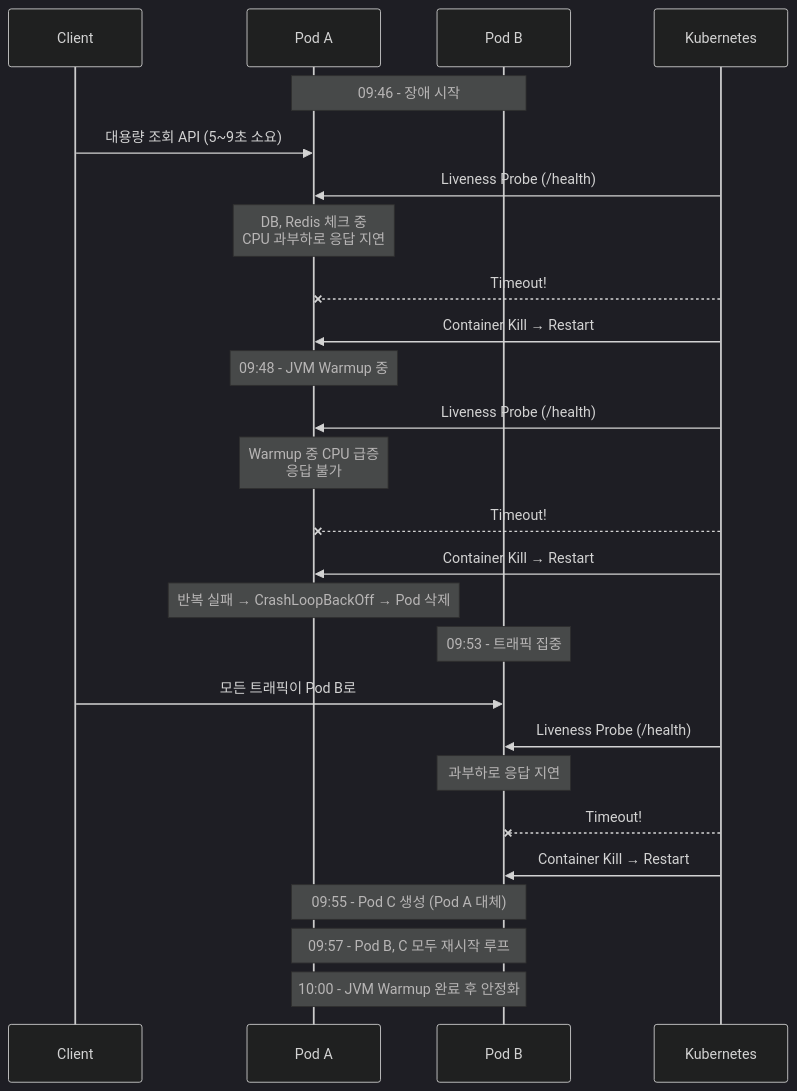
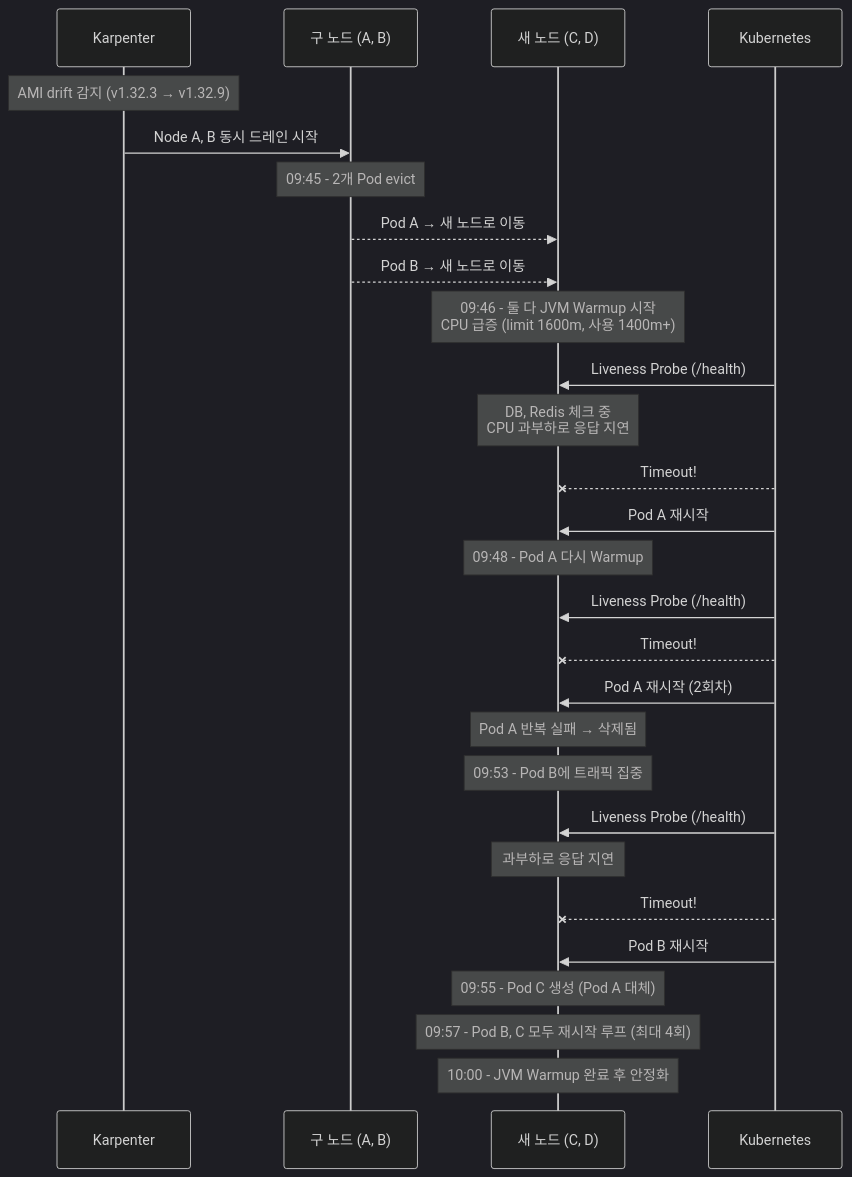
One commit to kimduksoo/duksoo-tech-blog changed the diagram in content/kubernetes/liveness-probe-restart-loop-incident.md. Above: the diagram before and after it, drawn with Mermaid (dark theme). The commit also changed other lines of this file, not shown here.

First line of the commit message:
Update blog post: Karpenter 노드 교체가 트리거였음을 반영

````diff
--- a/content/kubernetes/liveness-probe-restart-loop-incident.md
+++ b/content/kubernetes/liveness-probe-restart-loop-incident.md
@@ -88,38 +117,44 @@
 ```mermaid
 sequenceDiagram
-    participant Client
-    participant PodA as Pod A
-    participant PodB as Pod B
+    participant Karpenter
+    participant OldNodes as 구 노드 (A, B)
+    participant NewNodes as 새 노드 (C, D)
     participant K8s as Kubernetes
 
-    Note over PodA,PodB: 09:46 - 장애 시작
+    Note over Karpenter: AMI drift 감지 (v1.32.3 → v1.32.9)
 
-    Client->>PodA: 대용량 조회 API (5~9초 소요)
-    K8s->>PodA: Liveness Probe (/health)
-    Note over PodA: DB, Redis 체크 중<br/>CPU 과부하로 응답 지연
-    K8s--xPodA: Timeout!
-    K8s->>PodA: Container Kill → Restart
+    Karpenter->>OldNodes: Node A, B 동시 드레인 시작
 
-    Note over PodA: 09:48 - JVM Warmup 중
+    Note over OldNodes: 09:45 - 2개 Pod evict
 
-    K8s->>PodA: Liveness Probe (/health)
-    Note over PodA: Warmup 중 CPU 급증<br/>응답 불가
-    K8s--xPodA: Timeout!
-    K8s->>PodA: Container Kill → Restart
+    OldNodes-->>NewNodes: Pod A → 새 노드로 이동
+    OldNodes-->>NewNodes: Pod B → 새 노드로 이동
 
-    Note over PodA: 반복 실패 → CrashLoopBackOff → Pod 삭제
+    Note over NewNodes: 09:46 - 둘 다 JVM Warmup 시작<br/>CPU 급증 (limit 1600m, 사용 1400m+)
 
-    Note over PodB: 09:53 - 트래픽 집중
+    K8s->>NewNodes: Liveness Probe (/health)
+    Note over NewNodes: DB, Redis 체크 중<br/>CPU 과부하로 응답 지연
+    K8s--xNewNodes: Timeout!
+    K8s->>NewNodes: Pod A 재시작
 
-    Client->>PodB: 모든 트래픽이 Pod B로
-    K8s->>PodB: Liveness Probe (/health)
-    Note over PodB: 과부하로 응답 지연
-    K8s--xPodB: Timeout!
-    K8s->>PodB: Container Kill → Restart
+    Note over NewNodes: 09:48 - Pod A 다시 Warmup
 
-    Note over PodA,PodB: 09:55 - Pod C 생성 (Pod A 대체)
+    K8s->>NewNodes: Liveness Probe (/health)
+    K8s--xNewNodes: Timeout!
+    K8s->>NewNodes: Pod A 재시작 (2회차)
 
-    Note over PodA,PodB: 09:57 - Pod B, C 모두 재시작 루프
+    Note over NewNodes: Pod A 반복 실패 → 삭제됨
 
-    Note over PodA,PodB: 10:00 - JVM Warmup 완료 후 안정화
+    Note over NewNodes: 09:53 - Pod B에 트래픽 집중
+
+    K8s->>NewNodes: Liveness Probe (/health)
+    Note over NewNodes: 과부하로 응답 지연
+    K8s--xNewNodes: Timeout!
+    K8s->>NewNodes: Pod B 재시작
+
+    Note over NewNodes: 09:55 - Pod C 생성 (Pod A 대체)
+
+    Note over NewNodes: 09:57 - Pod B, C 모두 재시작 루프 (최대 4회)
+
+    Note over NewNodes: 10:00 - JVM Warmup 완료 후 안정화
 ```
````
